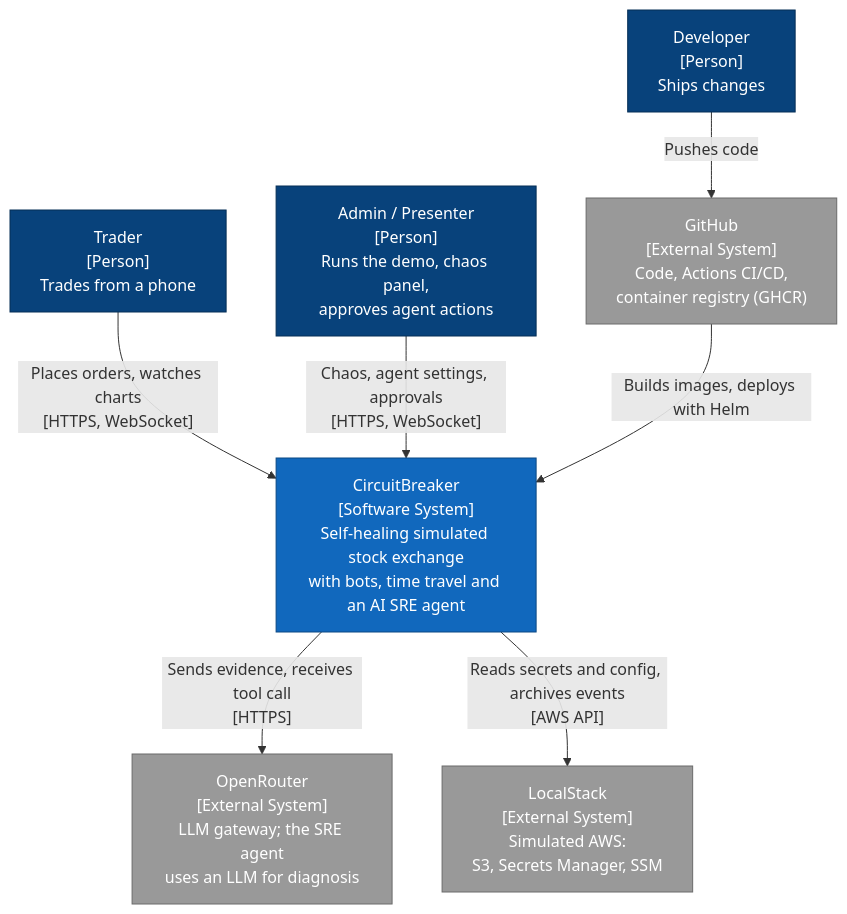
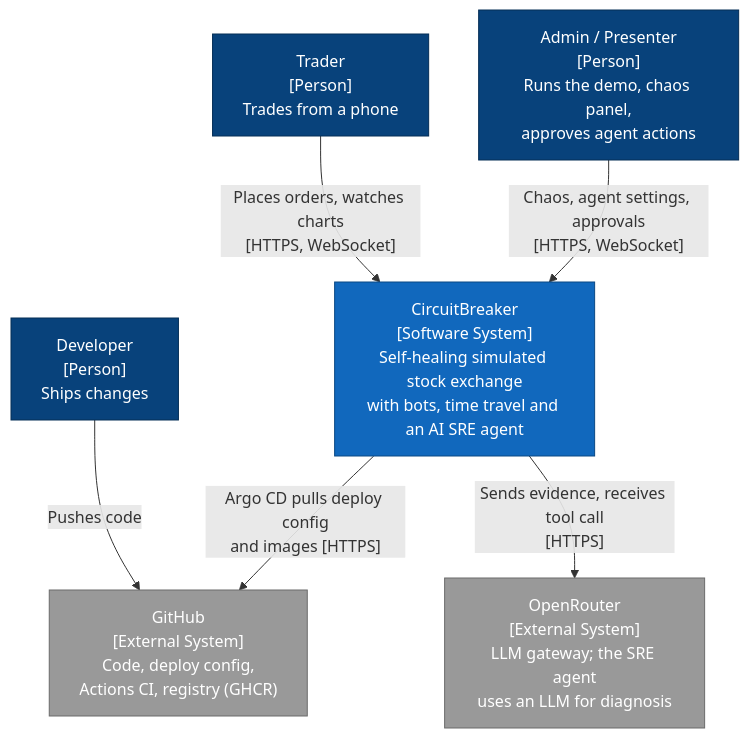
The first of 2 diagrams in docs/03-architecture/01-system-architecture.md (Kaizer-1/CircuitBreaker), drawn with Mermaid before and after one commit. The commit also changed other lines of this file and 9 other files, not shown here.

````diff
--- a/docs/03-architecture/01-system-architecture.md
+++ b/docs/03-architecture/01-system-architecture.md
@@ -14,23 +14,21 @@
 ```mermaid
 flowchart TB
     classDef person fill:#08427b,stroke:#052e56,color:#fff
     classDef system fill:#1168bd,stroke:#0b4884,color:#fff
     classDef external fill:#999999,stroke:#6b6b6b,color:#fff
 
     T["Trader<br/>[Person]<br/>Trades from a phone"]:::person
     A["Admin / Presenter<br/>[Person]<br/>Runs the demo, chaos panel,<br/>approves agent actions"]:::person
     D["Developer<br/>[Person]<br/>Ships changes"]:::person
 
     CB["CircuitBreaker<br/>[Software System]<br/>Self-healing simulated stock exchange<br/>with bots, time travel and an AI SRE agent"]:::system
 
     CL["OpenRouter<br/>[External System]<br/>LLM gateway; the SRE agent<br/>uses an LLM for diagnosis"]:::external
-    GH["GitHub<br/>[External System]<br/>Code, Actions CI/CD,<br/>container registry (GHCR)"]:::external
-    LS["LocalStack<br/>[External System]<br/>Simulated AWS:<br/>S3, Secrets Manager, SSM"]:::external
+    GH["GitHub<br/>[External System]<br/>Code, deploy config,<br/>Actions CI, registry (GHCR)"]:::external
 
     T -- "Places orders, watches charts<br/>[HTTPS, WebSocket]" --> CB
     A -- "Chaos, agent settings, approvals<br/>[HTTPS, WebSocket]" --> CB
     D -- "Pushes code" --> GH
-    GH -- "Builds images, deploys with Helm" --> CB
+    CB -- "Argo CD pulls deploy config<br/>and images [HTTPS]" --> GH
     CB -- "Sends evidence, receives tool call<br/>[HTTPS]" --> CL
-    CB -- "Reads secrets and config, archives events<br/>[AWS API]" --> LS
 ```
````
